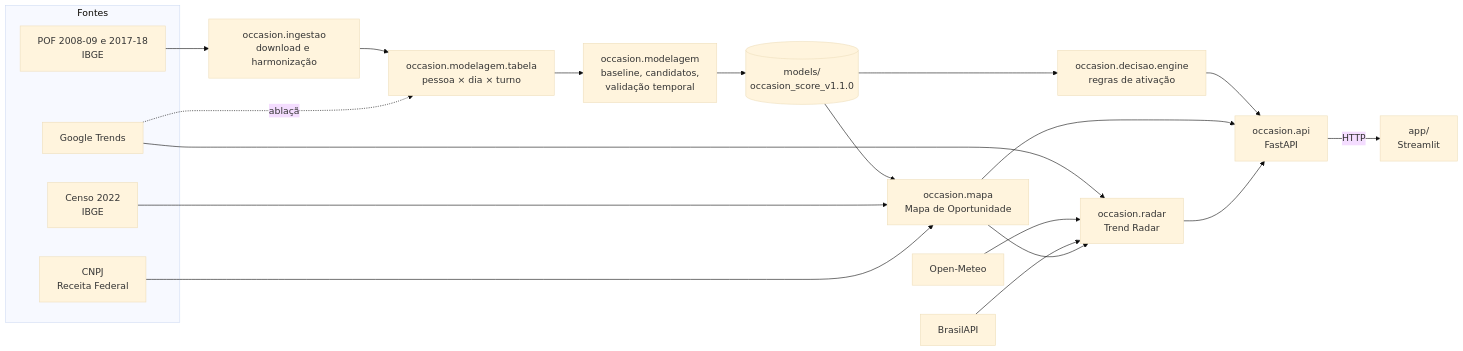
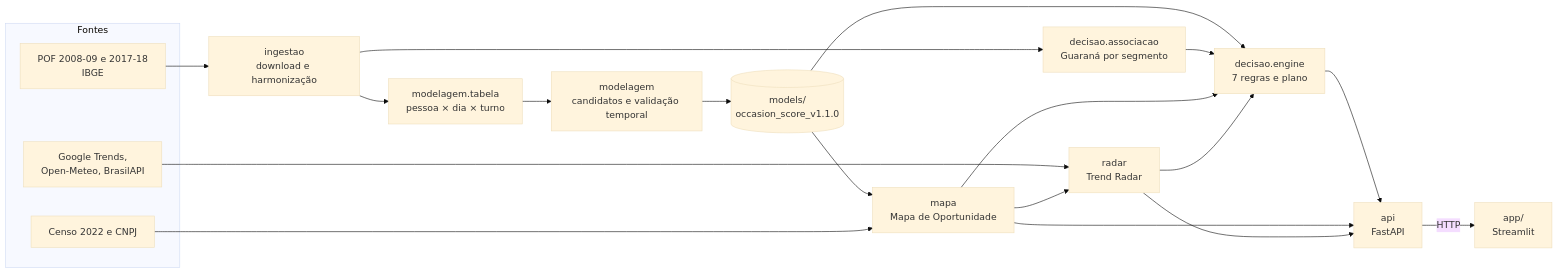
Before and after one commit to gnfes/ambev-occasion-intelligence: the diagram in README.md, drawn with Mermaid (base theme). The commit also changed other lines of this file and 5 other files, not shown here.

````diff
--- a/README.md
+++ b/README.md
@@ -112,26 +38,25 @@
 ```mermaid
 flowchart LR
     subgraph Fontes
         POF[POF 2008-09 e 2017-18<br/>IBGE]
-        Censo[Censo 2022<br/>IBGE]
-        CNPJ[CNPJ<br/>Receita Federal]
-        Trends[Google Trends]
+        Censo[Censo 2022 e CNPJ]
+        Trends[Google Trends,<br/>Open-Meteo, BrasilAPI]
     end
-    POF --> Ingestao[occasion.ingestao<br/>download e harmonização]
-    Ingestao --> Tabela[occasion.modelagem.tabela<br/>pessoa × dia × turno]
-    Trends -.ablação.-> Tabela
-    Tabela --> Modelo[occasion.modelagem<br/>baseline, candidatos,<br/>validação temporal]
+    POF --> Ingestao[ingestao<br/>download e harmonização]
+    Ingestao --> Tabela[modelagem.tabela<br/>pessoa × dia × turno]
+    Tabela --> Modelo[modelagem<br/>candidatos e validação temporal]
     Modelo --> Final[(models/<br/>occasion_score_v1.1.0)]
-    Final --> Engine[occasion.decisao.engine<br/>regras de ativação]
-    Final --> Mapa[occasion.mapa<br/>Mapa de Oportunidade]
+    Ingestao --> Assoc[decisao.associacao<br/>Guaraná por segmento]
+    Final --> Engine[decisao.engine<br/>7 regras e plano]
+    Assoc --> Engine
+    Final --> Mapa[mapa<br/>Mapa de Oportunidade]
     Censo --> Mapa
-    CNPJ --> Mapa
-    Engine --> API[occasion.api<br/>FastAPI]
+    Trends --> Radar[radar<br/>Trend Radar]
+    Mapa --> Radar
+    Mapa --> Engine
+    Radar --> Engine
+    Engine --> API[api<br/>FastAPI]
     Mapa --> API
-    Trends --> Radar[occasion.radar<br/>Trend Radar]
-    Clima[Open-Meteo] --> Radar
-    Feriados[BrasilAPI] --> Radar
-    Mapa --> Radar
     Radar --> API
     API -->|HTTP| App[app/<br/>Streamlit]
 ```
````
